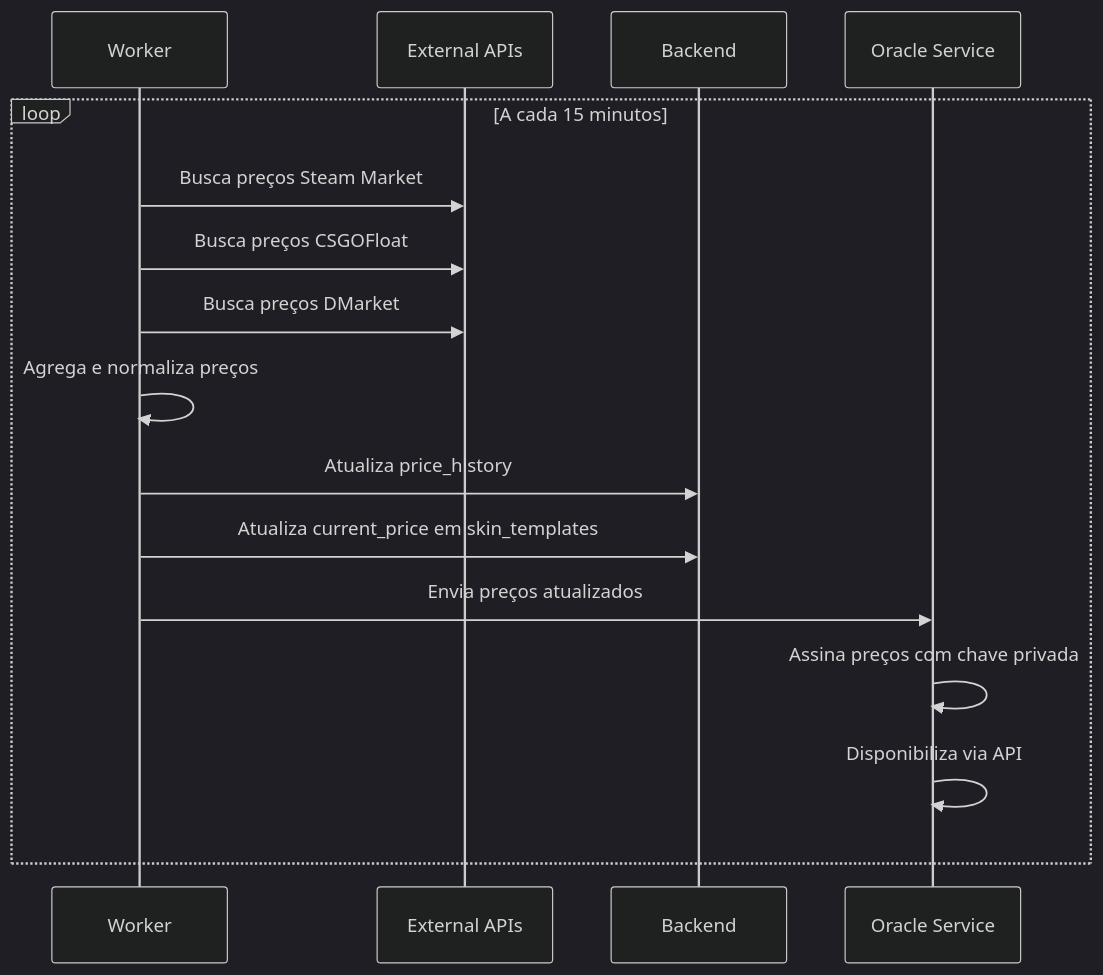
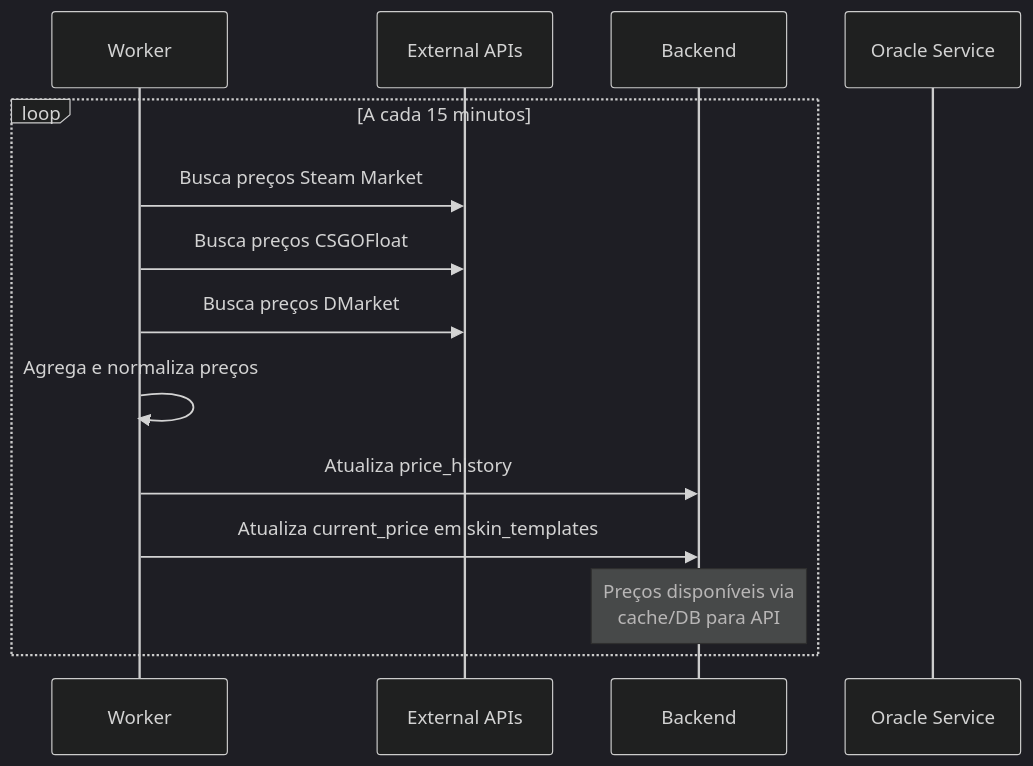
One commit to Cloak-Labz/sol-skins changed the third of 4 diagrams in docs/backend-knowledge-base.md. Above: the diagram before and after it, drawn with Mermaid (dark theme). The commit also changed other lines of this file and 22 other files, not shown here.

````diff
--- a/docs/backend-knowledge-base.md
+++ b/docs/backend-knowledge-base.md
@@ -721,21 +720,19 @@
 ```mermaid
 sequenceDiagram
     participant W as Worker
     participant E as External APIs
     participant B as Backend
     participant O as Oracle Service
 
     loop A cada 15 minutos
         W->>E: Busca preços Steam Market
         W->>E: Busca preços CSGOFloat
         W->>E: Busca preços DMarket
-        
+
         W->>W: Agrega e normaliza preços
         W->>B: Atualiza price_history
         W->>B: Atualiza current_price em skin_templates
-        
-        W->>O: Envia preços atualizados
-        O->>O: Assina preços com chave privada
-        O->>O: Disponibiliza via API
+
+        Note over B: Preços disponíveis via<br/>cache/DB para API
     end
 ```
````
